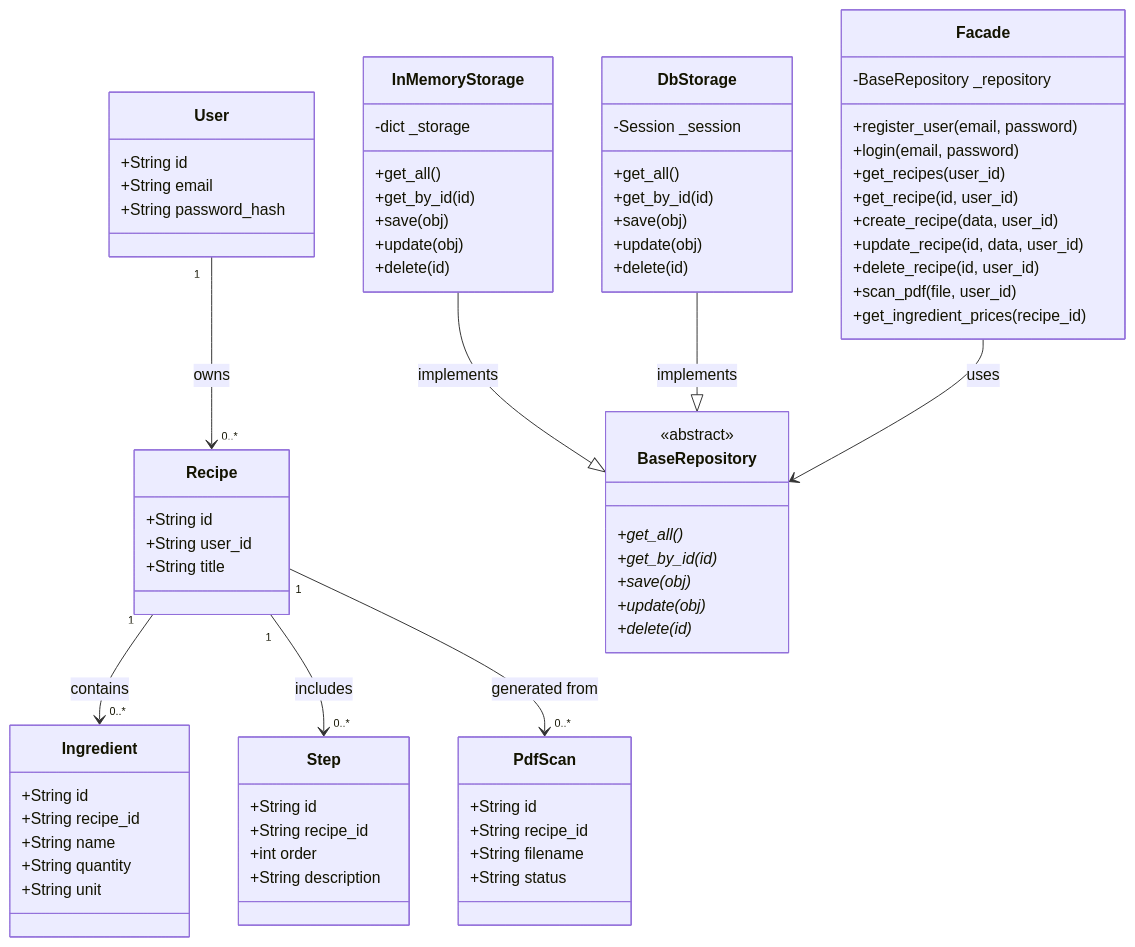
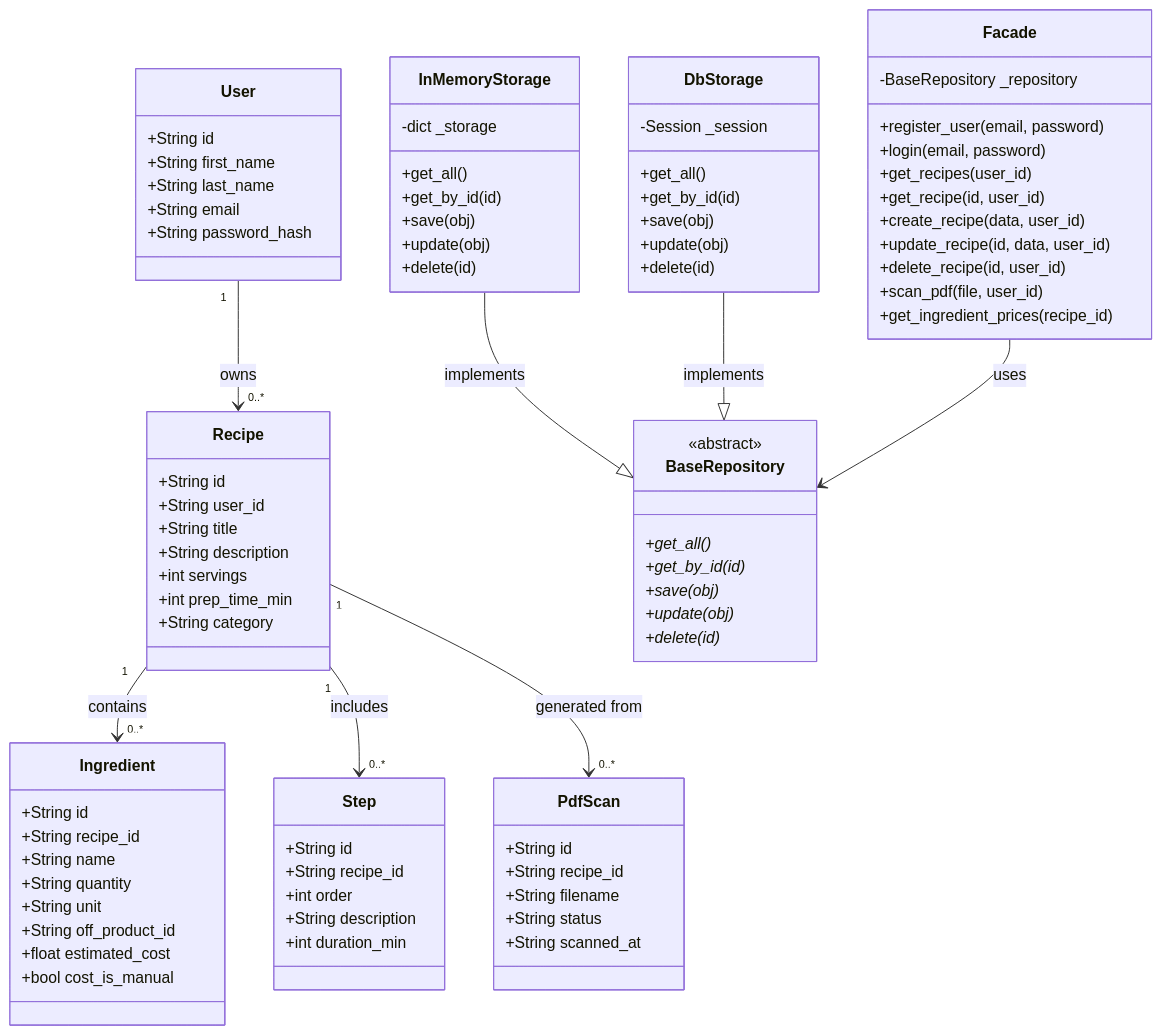
The second of 2 diagrams in README.md (juliangf94/recipe-scanner), drawn with Mermaid before and after one commit. The commit also changed 1 other file, not shown here.

Commit message:
docs: update models with full fields from UI mockups

```diff
--- a/README.md
+++ b/README.md
@@ -94,6 +94,8 @@
 classDiagram
     class User {
         +String id
+        +String first_name
+        +String last_name
         +String email
         +String password_hash
     }
@@ -102,6 +104,10 @@
         +String id
         +String user_id
         +String title
+        +String description
+        +int servings
+        +int prep_time_min
+        +String category
     }
 
     class Ingredient {
@@ -110,6 +116,9 @@
         +String name
         +String quantity
         +String unit
+        +String off_product_id
+        +float estimated_cost
+        +bool cost_is_manual
     }
 
     class Step {
@@ -117,6 +126,7 @@
         +String recipe_id
         +int order
         +String description
+        +int duration_min
     }
 
     class PdfScan {
@@ -124,6 +134,7 @@
         +String recipe_id
         +String filename
         +String status
+        +String scanned_at
     }
 
     class BaseRepository {
```
